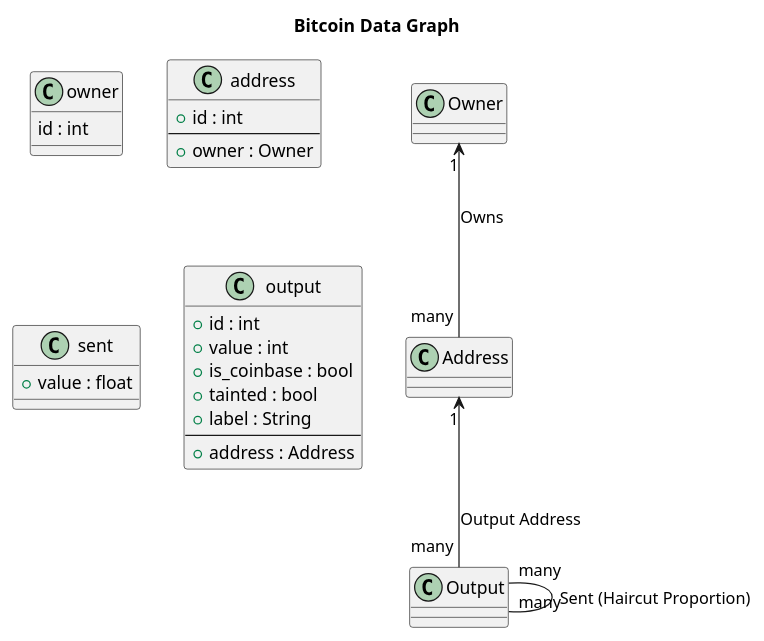
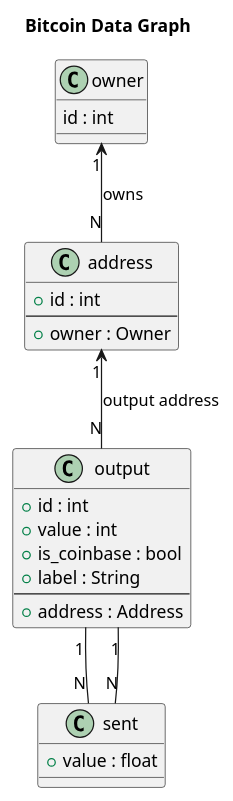
Before and after one commit to Enprogames/Bitcoin_JanusGraph: the diagram in docs/diagrams/output_graph.plantuml, drawn with PlantUML. The commit also changed 33 other files, not shown here.

Commit message:
Batch population and changes to graph data model

```diff
--- a/docs/diagrams/output_graph.plantuml
+++ b/docs/diagrams/output_graph.plantuml
@@ -1,32 +1,32 @@
 @startuml
 title Bitcoin Data Graph
 
 class owner {
     id : int
 }
 
 class address {
     + id : int
     ---
     + owner : Owner
 }
 
 class sent {
     + value : float
 }
 
 class output {
     + id : int
     + value : int
     + is_coinbase : bool
-    + tainted : bool
     + label : String
     ---
     + address : Address
 }
 
-Owner "1" <-- "many" Address : Owns
-Address "1" <-- "many" Output : Output Address
-Output "many" -- "many" Output : Sent (Haircut Proportion)
+owner "1" <-- "N" address : owns
+address "1" <-- "N" output : output address
+output "1" -- "N" sent
+sent "N" -- "1" output
 
 @enduml
```
